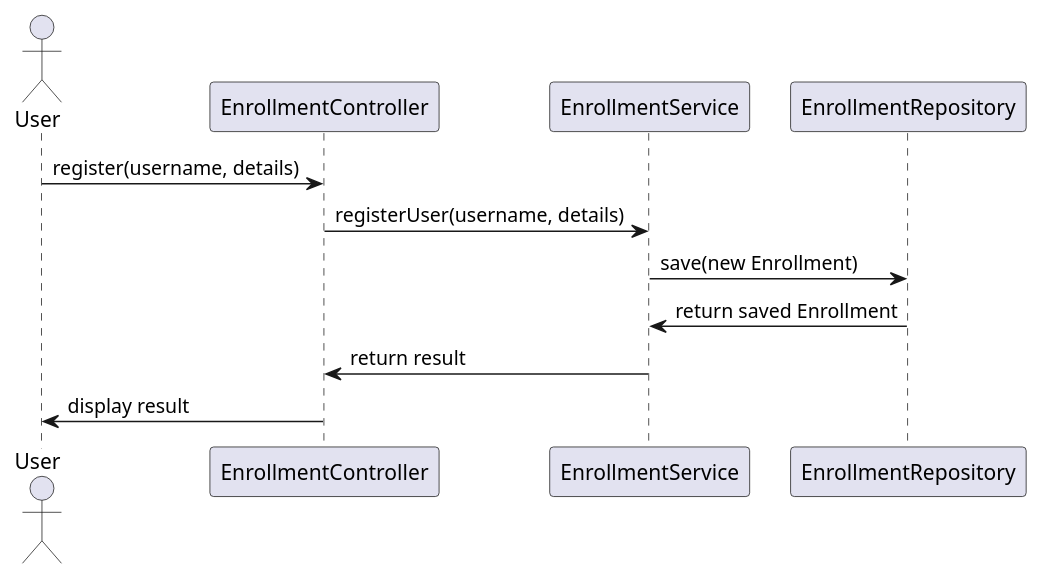
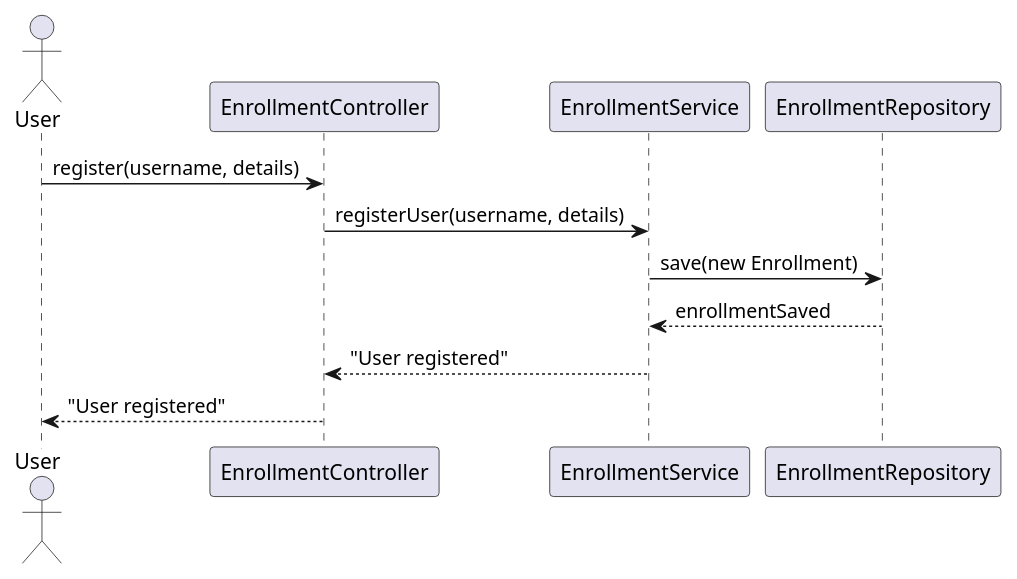
The first of 4 diagrams in enrollment/documentation/detaileddesign.adoc (Dinesh-s95/AutoDoc.ai), drawn with PlantUML before and after one commit. The commit also changed other lines of this file and 4 other files, not shown here.

```diff
--- a/enrollment/documentation/detaileddesign.adoc
+++ b/enrollment/documentation/detaileddesign.adoc
@@ -190,16 +180,16 @@
-[plantuml, user-registration-flow, png]
+[plantuml, user-registration-sequence, png]
 ----
 @startuml
-actor "User" as U
-participant "EnrollmentController" as EC
-participant "EnrollmentService" as ES
-participant "EnrollmentRepository" as ER
+actor User as user
+participant "EnrollmentController" as controller
+participant "EnrollmentService" as service
+participant "EnrollmentRepository" as repo
 
-U -> EC : register(username, details)
-EC -> ES : registerUser(username, details)
-ES -> ER : save(new Enrollment)
-ER -> ES : return saved Enrollment
-ES -> EC : return result
-EC -> U : display result
+user -> controller : register(username, details)
+controller -> service : registerUser(username, details)
+service -> repo : save(new Enrollment)
+repo --> service : enrollmentSaved
+service --> controller : "User registered"
+controller --> user : "User registered"
 @enduml
 ----
```
